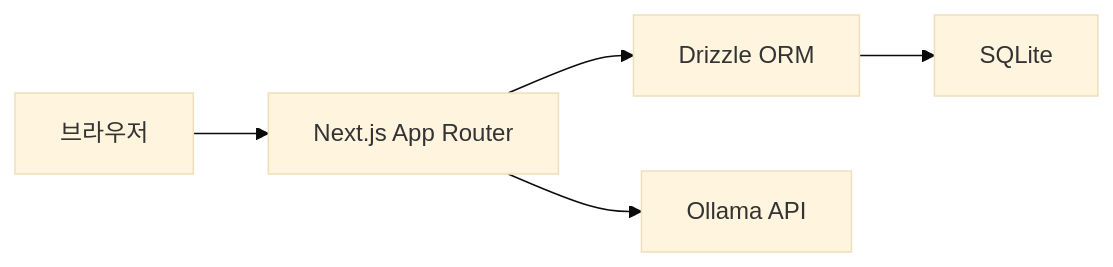
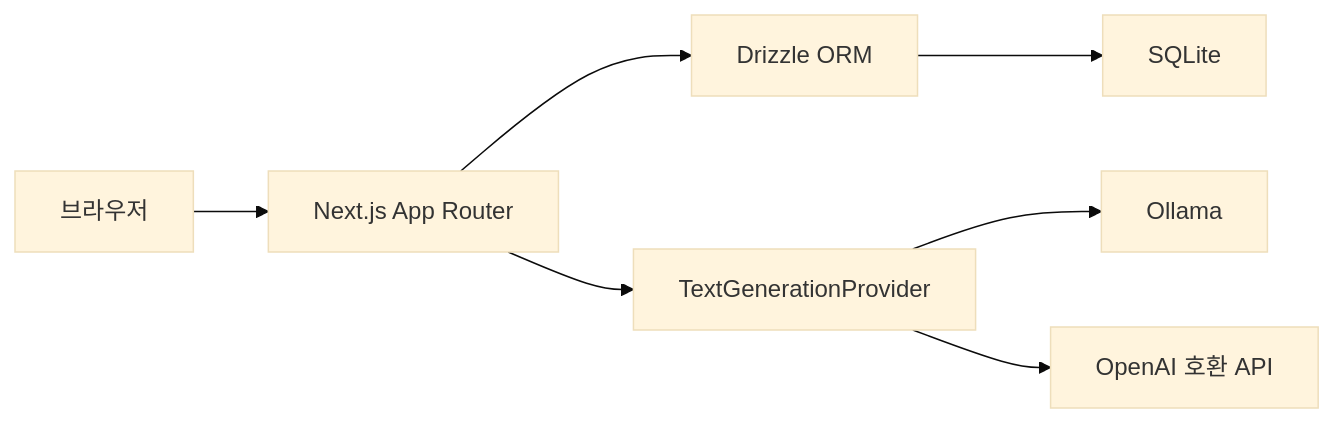
One commit to fireonmac/care-for-all changed the diagram in docs/architecture.md. Above: the diagram before and after it, drawn with Mermaid (base theme). The commit also changed other lines of this file and 14 other files, not shown here.

````diff
--- a/docs/architecture.md
+++ b/docs/architecture.md
@@ -8,7 +8,9 @@
 ```mermaid
 flowchart LR
     U["브라우저"] --> N["Next.js App Router"]
     N --> D["Drizzle ORM"]
     D --> S["SQLite"]
-    N --> O["Ollama API"]
+    N --> A["TextGenerationProvider"]
+    A --> O["Ollama"]
+    A --> C["OpenAI 호환 API"]
 ```
````
